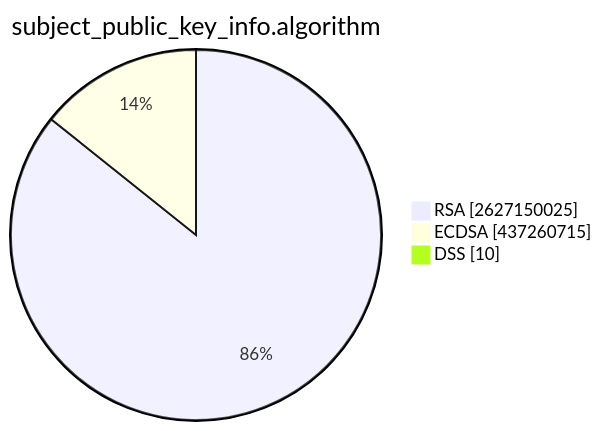
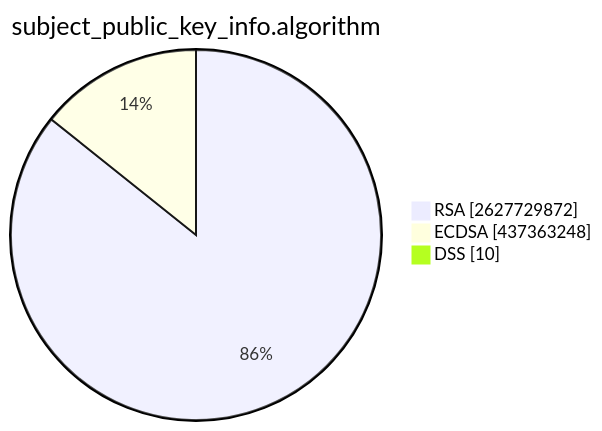
The second of 15 diagrams in TOTAL/README.md (christiankrug/ctmonitor_visualization), drawn with Mermaid before and after one commit. The commit also changed other lines of this file, not shown here.

````diff
--- a/TOTAL/README.md
+++ b/TOTAL/README.md
@@ -6,7 +6,7 @@
 ```mermaid
 pie showData
 title subject_public_key_info.algorithm
-"RSA" :2627150025
-"ECDSA" :437260715
+"RSA" :2627729872
+"ECDSA" :437363248
 "DSS" :10
 ```
````
